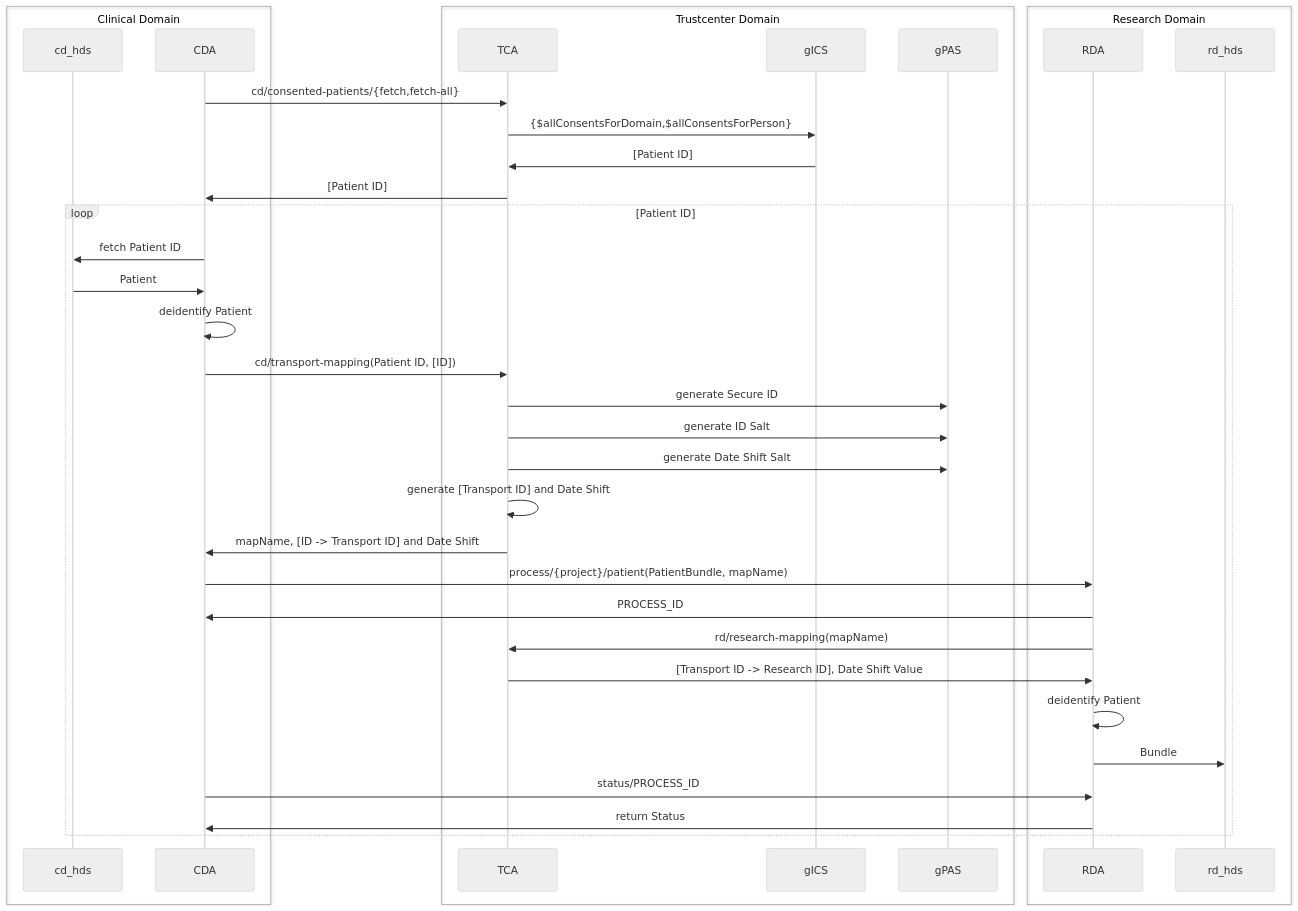
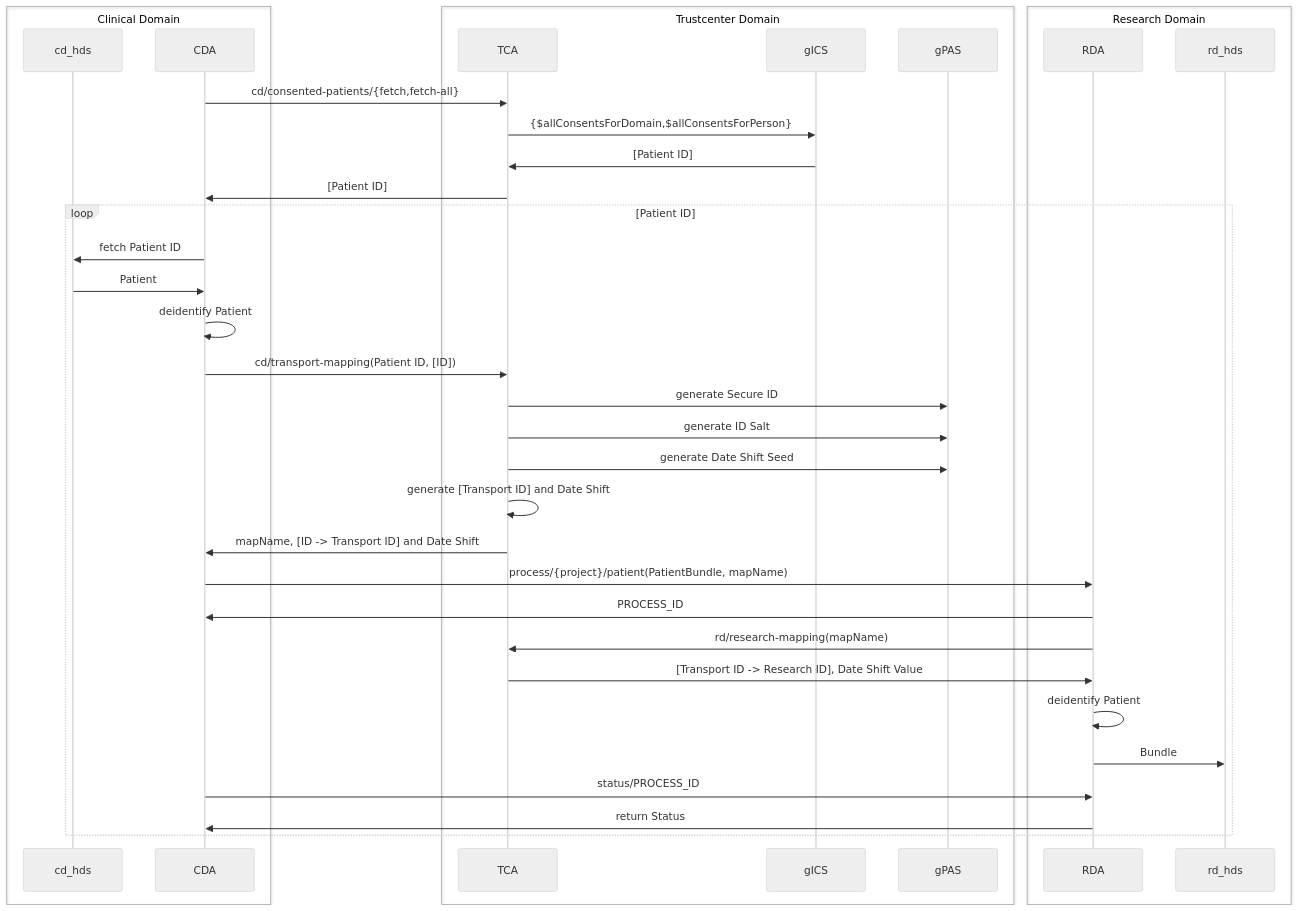
The diagram in docs/contributing/overview.md (medizininformatik-initiative/fts-next), drawn with Mermaid (neutral theme) before and after one commit. The commit also changed 3 other files, not shown here.

Commit message:
Rename Salt to Seed for DateShift

````diff
--- a/docs/contributing/overview.md
+++ b/docs/contributing/overview.md
@@ -14,41 +14,41 @@
 ```mermaid
 sequenceDiagram
   box Clinical Domain
     participant cd_hds
     participant CDA
   end
   box Trustcenter Domain
     participant TCA
     participant gICS
     participant gPAS
   end
   box Research Domain
     participant RDA
     participant rd_hds
   end
 
   CDA ->> TCA: cd/consented-patients/{fetch,fetch-all}
   TCA ->> gICS: {$allConsentsForDomain,$allConsentsForPerson}
   gICS ->> TCA: [Patient ID]
   TCA ->> CDA: [Patient ID]
 
   loop Patient ID
     CDA ->> cd_hds: fetch Patient ID
     cd_hds ->> CDA: Patient
     CDA ->> CDA: deidentify Patient
     CDA ->> TCA: cd/transport-mapping(Patient ID, [ID])
     TCA ->> gPAS: generate Secure ID
     TCA ->> gPAS: generate ID Salt
-    TCA ->> gPAS: generate Date Shift Salt
+      TCA ->> gPAS: generate Date Shift Seed
     TCA ->> TCA: generate [Transport ID] and Date Shift
     TCA ->> CDA: mapName, [ID -> Transport ID] and Date Shift
     CDA ->> RDA: process/{project}/patient(PatientBundle, mapName)
     RDA ->> CDA: PROCESS_ID
     RDA ->> TCA: rd/research-mapping(mapName)
     TCA ->> RDA: [Transport ID -> Research ID], Date Shift Value
     RDA ->> RDA: deidentify Patient
     RDA ->> rd_hds: Bundle
     CDA ->> RDA: status/PROCESS_ID
     RDA ->> CDA: return Status
   end
 ```
````
